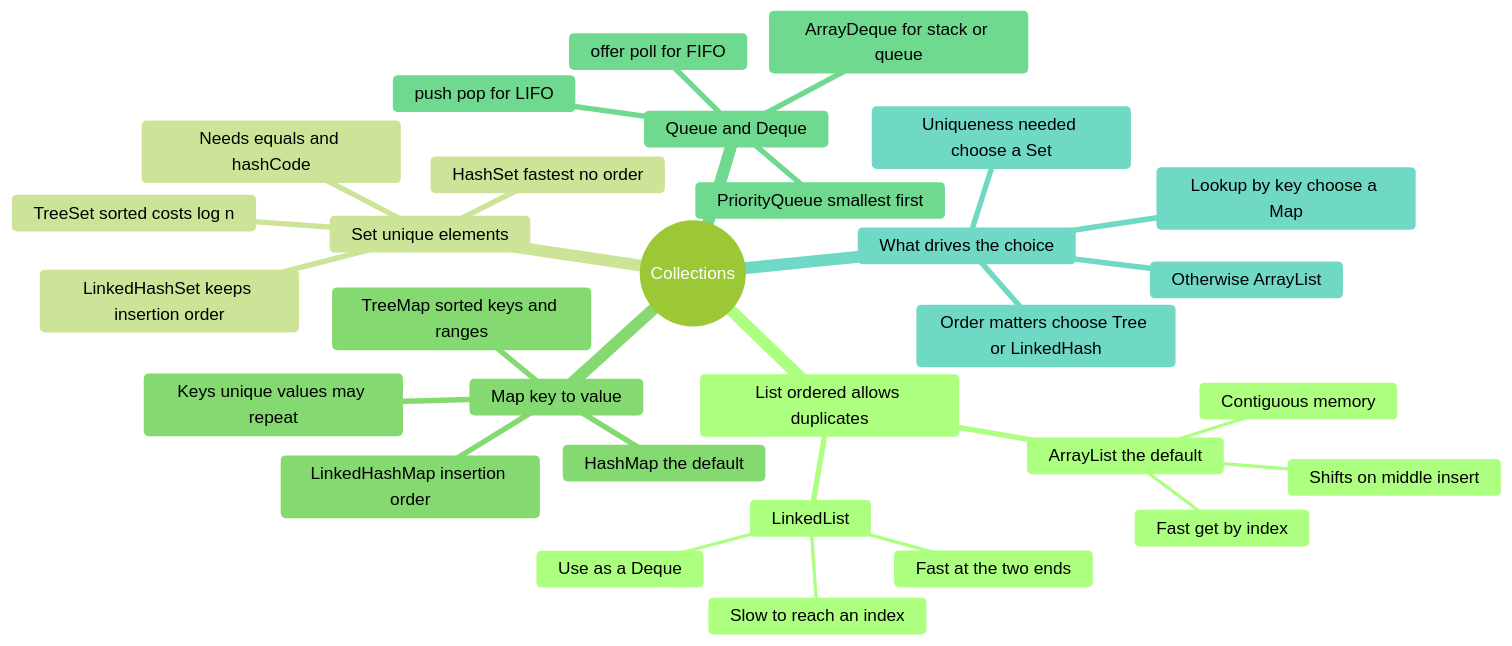
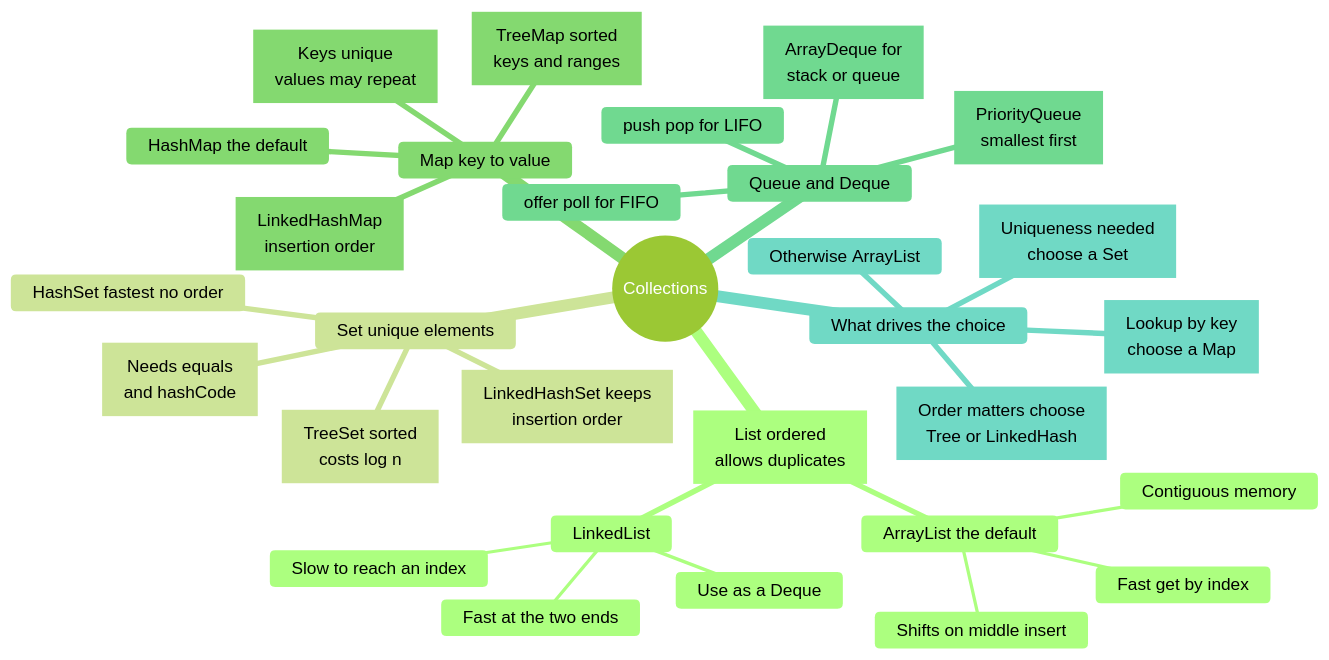
One commit to nmcguinness/L8-OOP-Module-Content changed the second of 2 diagrams in notes/shared/mind maps/collections.md. Above: the diagram before and after it, drawn with Mermaid. The commit also changed other lines of this file and 421 other files, not shown here.

Commit message:
Updated mermaid diagrams and note layout for topics 9-24.

````diff
--- a/notes/shared/mind maps/collections.md
+++ b/notes/shared/mind maps/collections.md
@@ -55,42 +47,54 @@
 ```mermaid
 ---
 title: "Collections"
 accDescr: "Mind map of Collections. Branches: List ordered allows duplicates; Set unique elements; Map key to value; Queue and Deque; What drives the choice."
 ---
-%%{init: { "theme": "forest" }}%%
+%%{init: { "theme": "forest", "markdownAutoWrap": false, "mindmap": { "maxNodeWidth": 300 } }}%%
 mindmap
   root((Collections))
-    List ordered allows duplicates
+    n1["`List ordered
+    allows duplicates`"]
       ArrayList the default
         Contiguous memory
         Fast get by index
         Shifts on middle insert
       LinkedList
         Fast at the two ends
         Slow to reach an index
         Use as a Deque
 
     Set unique elements
       HashSet fastest no order
-      LinkedHashSet keeps insertion order
-      TreeSet sorted costs log n
-      Needs equals and hashCode
+      n2["`LinkedHashSet keeps
+      insertion order`"]
+      n3["`TreeSet sorted
+      costs log n`"]
+      n4["`Needs equals
+      and hashCode`"]
 
     Map key to value
       HashMap the default
-      LinkedHashMap insertion order
-      TreeMap sorted keys and ranges
-      Keys unique values may repeat
+      n5["`LinkedHashMap
+      insertion order`"]
+      n6["`TreeMap sorted
+      keys and ranges`"]
+      n7["`Keys unique
+      values may repeat`"]
 
     Queue and Deque
-      ArrayDeque for stack or queue
-      PriorityQueue smallest first
+      n8["`ArrayDeque for
+      stack or queue`"]
+      n9["`PriorityQueue
+      smallest first`"]
       push pop for LIFO
       offer poll for FIFO
 
     What drives the choice
-      Uniqueness needed choose a Set
-      Lookup by key choose a Map
-      Order matters choose Tree or LinkedHash
+      n10["`Uniqueness needed
+      choose a Set`"]
+      n11["`Lookup by key
+      choose a Map`"]
+      n12["`Order matters choose
+      Tree or LinkedHash`"]
       Otherwise ArrayList
 ```
````
